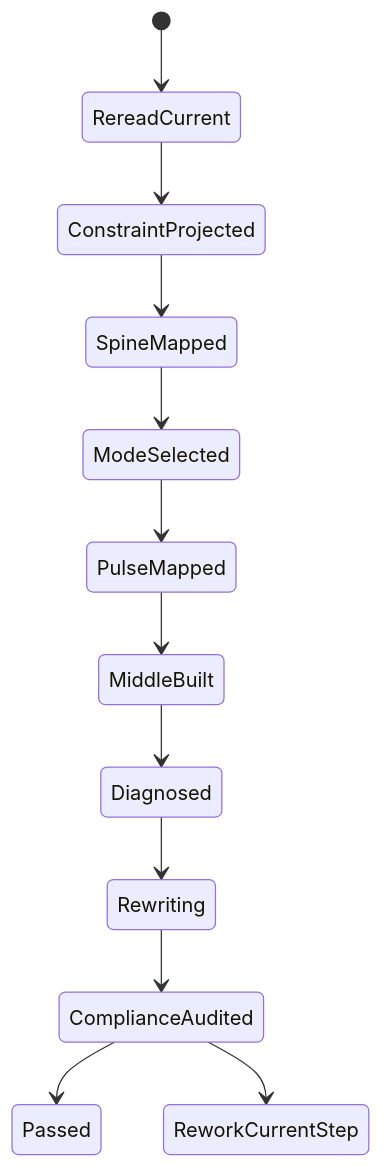
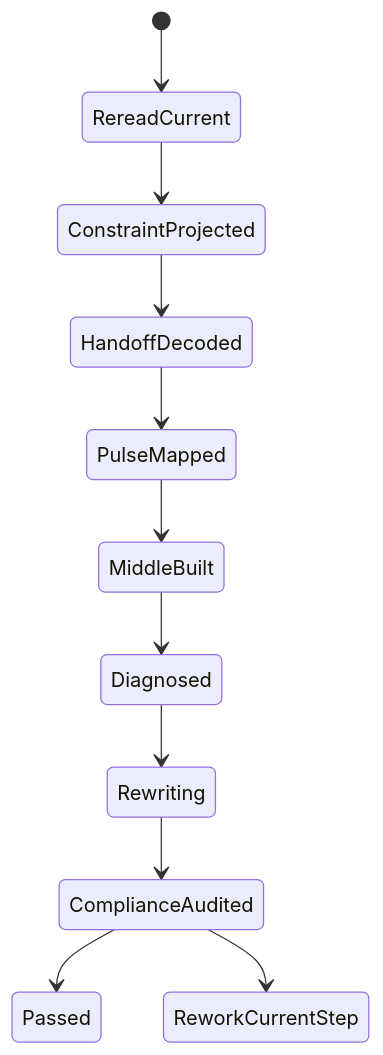
The fourth of 4 diagrams in .agents/skills/story/3-Drafting/2-节奏优化/SKILL.md (ZEN-VOID/AI-CUT), drawn with Mermaid before and after one commit. The commit also changed other lines of this file and 281 other files, not shown here.

````diff
--- a/.agents/skills/story/3-Drafting/2-节奏优化/SKILL.md
+++ b/.agents/skills/story/3-Drafting/2-节奏优化/SKILL.md
@@ -204,14 +208,13 @@
 ```mermaid
 stateDiagram-v2
     [*] --> RereadCurrent
     RereadCurrent --> ConstraintProjected
-    ConstraintProjected --> SpineMapped
-    SpineMapped --> ModeSelected
-    ModeSelected --> PulseMapped
+    ConstraintProjected --> HandoffDecoded
+    HandoffDecoded --> PulseMapped
     PulseMapped --> MiddleBuilt
     MiddleBuilt --> Diagnosed
     Diagnosed --> Rewriting
     Rewriting --> ComplianceAudited
     ComplianceAudited --> Passed
     ComplianceAudited --> ReworkCurrentStep
 ```
````
